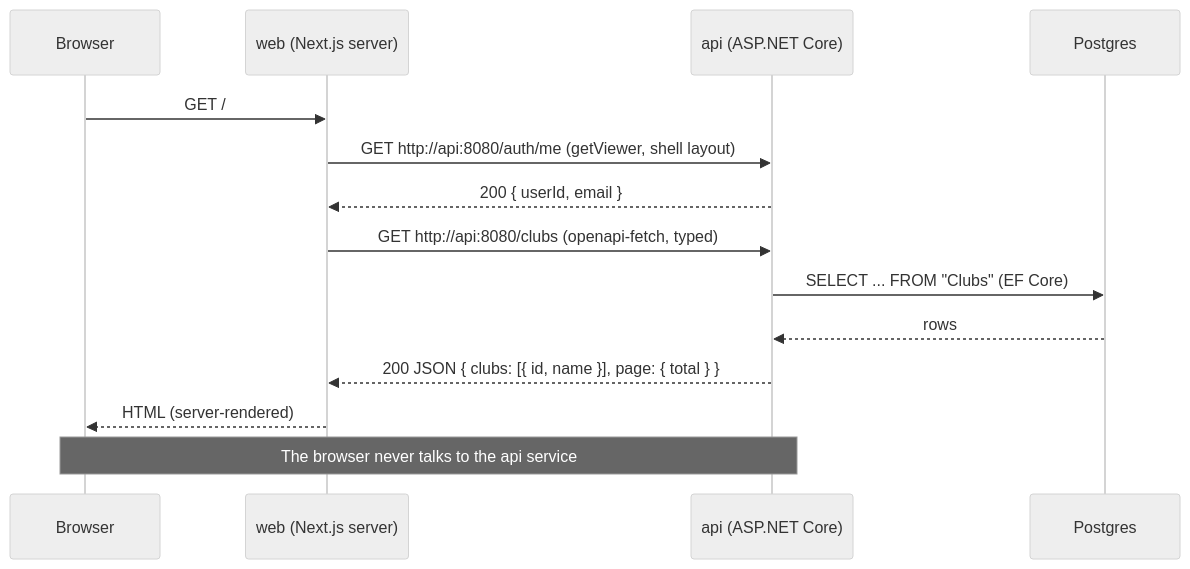
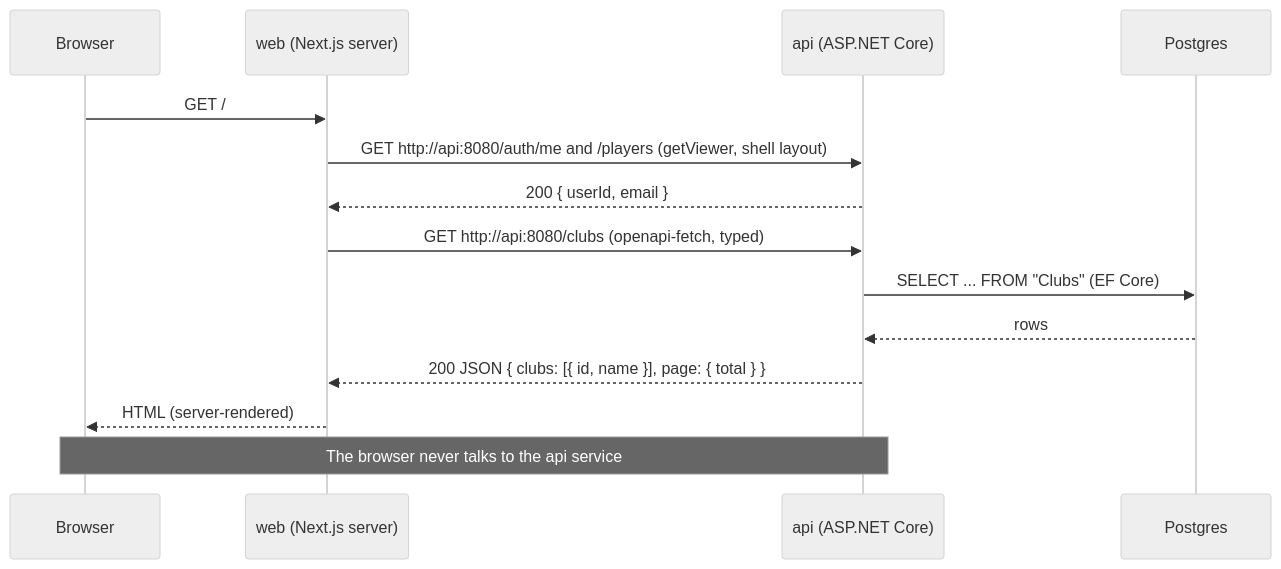
The second of 11 diagrams in docs/architecture.md (l1em1on1/social-tennis), drawn with Mermaid (neutral theme) before and after one commit. The commit also changed other lines of this file and 34 other files, not shown here.

````diff
--- a/docs/architecture.md
+++ b/docs/architecture.md
@@ -30,17 +30,17 @@
 ```mermaid
 sequenceDiagram
     participant B as Browser
     participant W as web (Next.js server)
     participant A as api (ASP.NET Core)
     participant P as Postgres
 
     B->>W: GET /
-    W->>A: GET http://api:8080/auth/me (getViewer, shell layout)
+    W->>A: GET http://api:8080/auth/me and /players (getViewer, shell layout)
     A-->>W: 200 { userId, email }
     W->>A: GET http://api:8080/clubs (openapi-fetch, typed)
     A->>P: SELECT ... FROM "Clubs" (EF Core)
     P-->>A: rows
     A-->>W: 200 JSON { clubs: [{ id, name }], page: { total } }
     W-->>B: HTML (server-rendered)
     Note over B,A: The browser never talks to the api service
 ```
````
